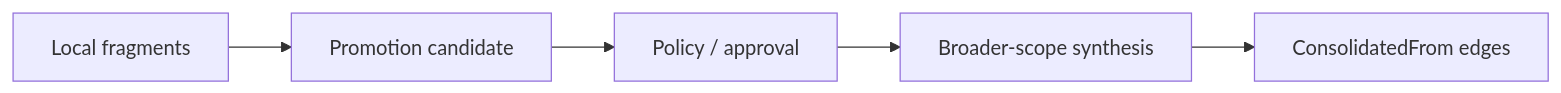
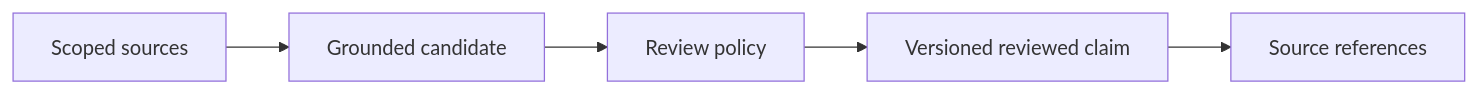
Before and after one commit to INONONO66/anamnesis: the diagram in docs/02-knowledge-model/scoping-promotion.md, drawn with Mermaid. The commit also changed other lines of this file and 407 other files, not shown here.

````diff
--- a/docs/02-knowledge-model/scoping-promotion.md
+++ b/docs/02-knowledge-model/scoping-promotion.md
@@ -60,7 +58,7 @@
 ```mermaid
 flowchart LR
-    local["Local fragments"] --> candidate["Promotion candidate"]
-    candidate --> review["Policy / approval"]
-    review --> synthesis["Broader-scope synthesis"]
-    synthesis --> sources["ConsolidatedFrom edges"]
+    source["Scoped sources"] --> candidate["Grounded candidate"]
+    candidate --> review["Review policy"]
+    review --> synthesis["Versioned reviewed claim"]
+    synthesis --> provenance["Source references"]
 ```
````
